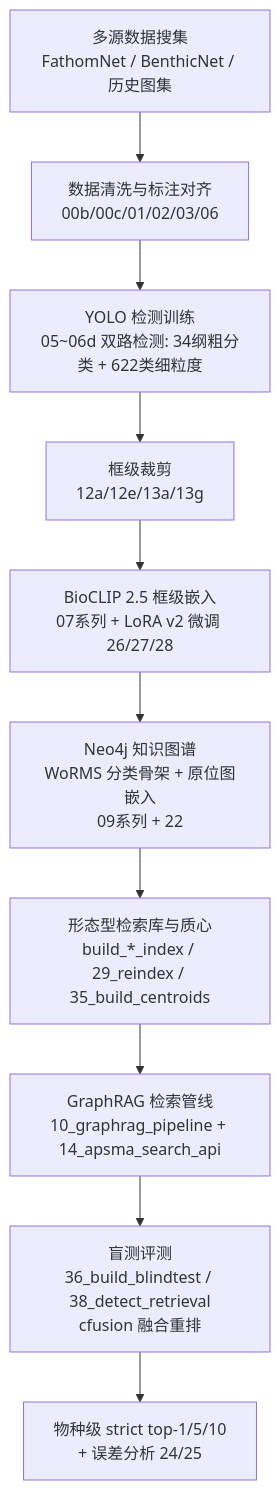
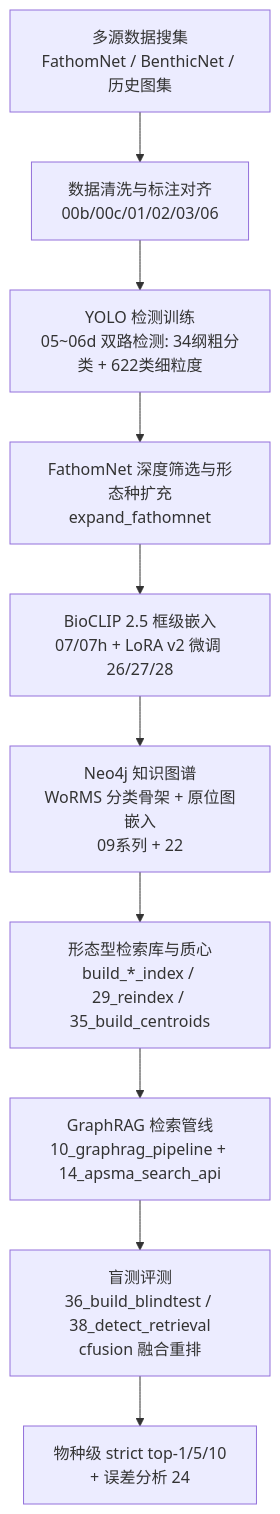
One commit to lyconan/Ocean-DePTH-VLM changed the diagram in README.md. Above: the diagram before and after it, drawn with Mermaid. The commit also changed other lines of this file and 53 other files, not shown here.

Commit message:
chore: prune unused scripts to minimal runnable set; fix BioCLIP 2.5 labeling and asset manifest

````diff
--- a/README.md
+++ b/README.md
@@ -11,12 +11,12 @@
 ```mermaid
 flowchart TD
     A[多源数据搜集<br/>FathomNet / BenthicNet / 历史图集] --> B[数据清洗与标注对齐<br/>00b/00c/01/02/03/06]
     B --> C[YOLO 检测训练<br/>05~06d 双路检测: 34纲粗分类 + 622类细粒度]
-    C --> D[框级裁剪<br/>12a/12e/13a/13g]
-    D --> E[BioCLIP 2.5 框级嵌入<br/>07系列 + LoRA v2 微调 26/27/28]
+    C --> D[FathomNet 深度筛选与形态种扩充<br/>expand_fathomnet]
+    D --> E[BioCLIP 2.5 框级嵌入<br/>07/07h + LoRA v2 微调 26/27/28]
     E --> F[Neo4j 知识图谱<br/>WoRMS 分类骨架 + 原位图嵌入<br/>09系列 + 22]
     F --> G[形态型检索库与质心<br/>build_*_index / 29_reindex / 35_build_centroids]
     G --> H[GraphRAG 检索管线<br/>10_graphrag_pipeline + 14_apsma_search_api]
     H --> I[盲测评测<br/>36_build_blindtest / 38_detect_retrieval<br/>cfusion 融合重排]
-    I --> J[物种级 strict top-1/5/10<br/>+ 误差分析 24/25]
+    I --> J[物种级 strict top-1/5/10<br/>+ 误差分析 24]
 ```
````
